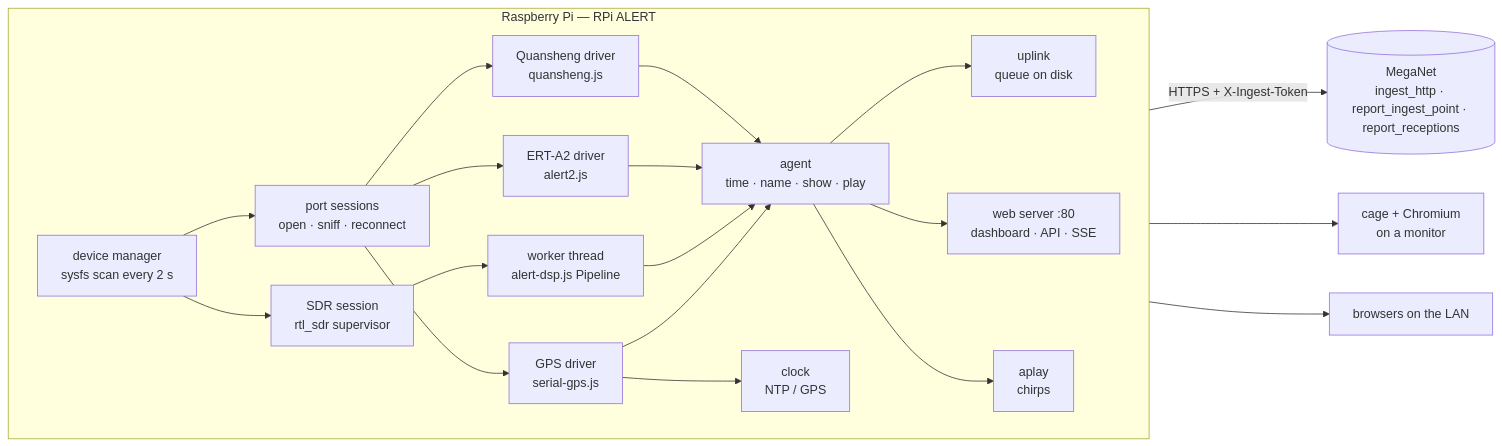
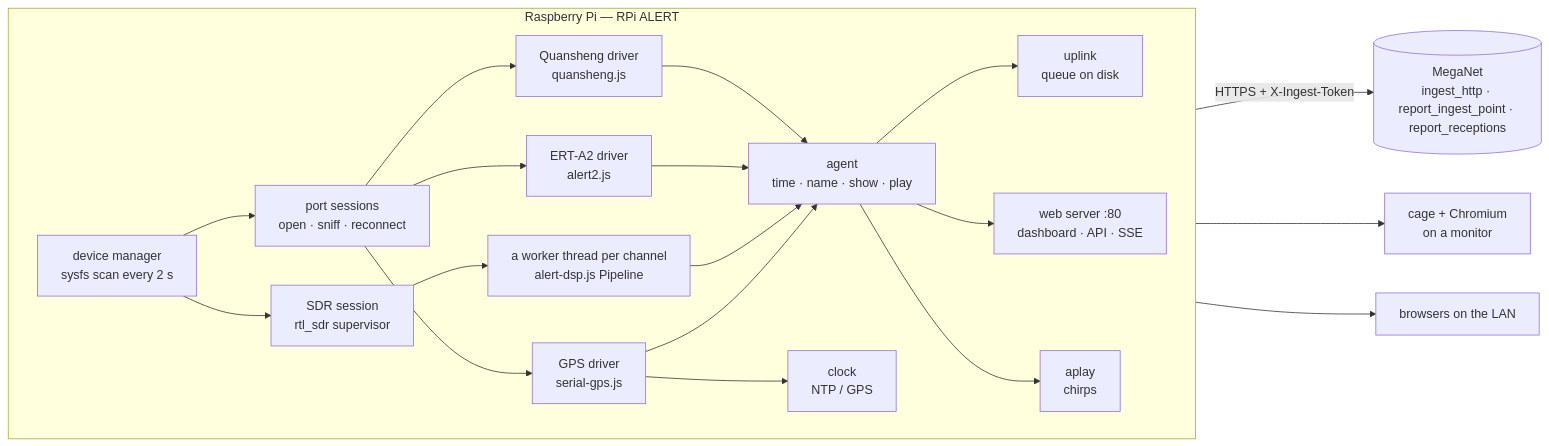
The diagram in docs/how-it-works.md (cdomotor-g/RPi_ALERT), drawn with Mermaid before and after one commit. The commit also changed other lines of this file and 24 other files, not shown here.

````diff
--- a/docs/how-it-works.md
+++ b/docs/how-it-works.md
@@ -3,21 +3,21 @@
 ```mermaid
 flowchart LR
   subgraph Pi[Raspberry Pi — RPi ALERT]
     direction LR
     scan[device manager<br/>sysfs scan every 2 s] --> ps[port sessions<br/>open · sniff · reconnect]
     ps --> q[Quansheng driver<br/>quansheng.js]
     ps --> e[ERT-A2 driver<br/>alert2.js]
     ps --> g[GPS driver<br/>serial-gps.js]
     scan --> sdr[SDR session<br/>rtl_sdr supervisor]
-    sdr --> w[worker thread<br/>alert-dsp.js Pipeline]
+    sdr --> w[a worker thread per channel<br/>alert-dsp.js Pipeline]
     q & e & w --> agent[agent<br/>time · name · show · play]
     g --> clock[clock<br/>NTP / GPS]
     g --> agent
     agent --> up[uplink<br/>queue on disk]
     agent --> web[web server :80<br/>dashboard · API · SSE]
     agent --> audio[aplay<br/>chirps]
   end
   up -- "HTTPS + X-Ingest-Token" --> mn[(MegaNet<br/>ingest_http · report_ingest_point · report_receptions)]
   web --> kiosk[cage + Chromium<br/>on a monitor]
   web --> lan[browsers on the LAN]
 ```
````
